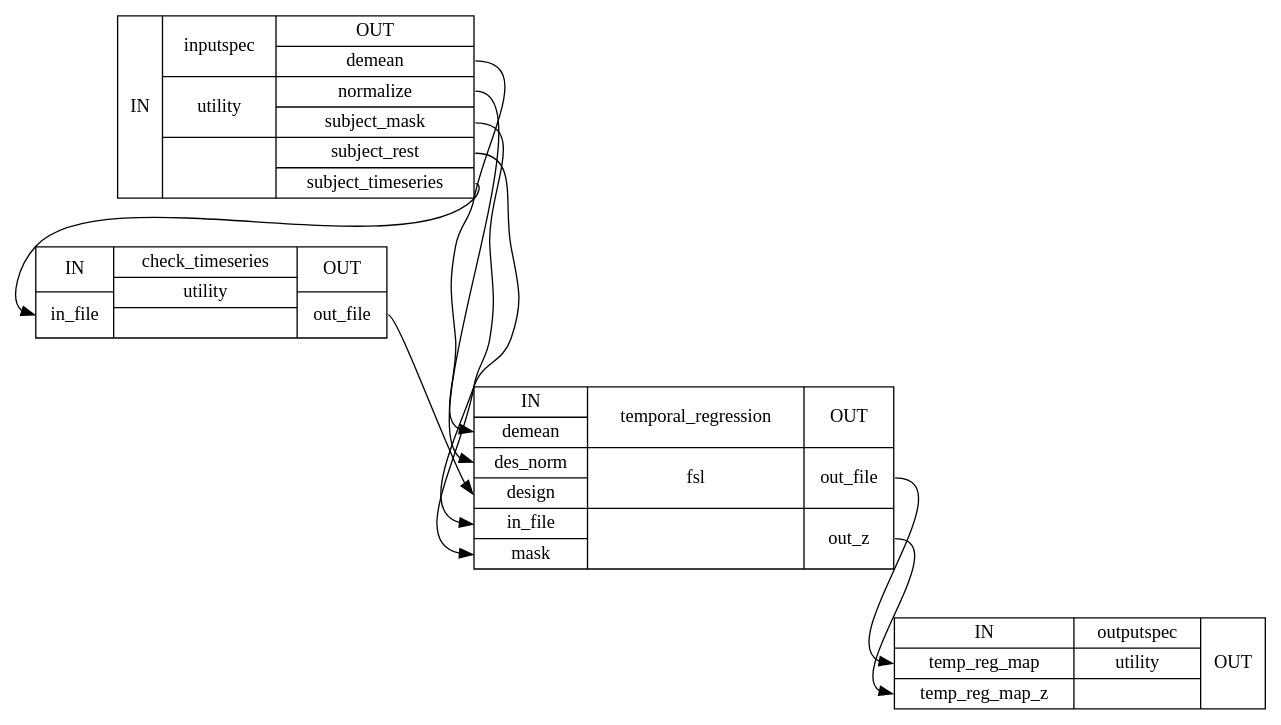
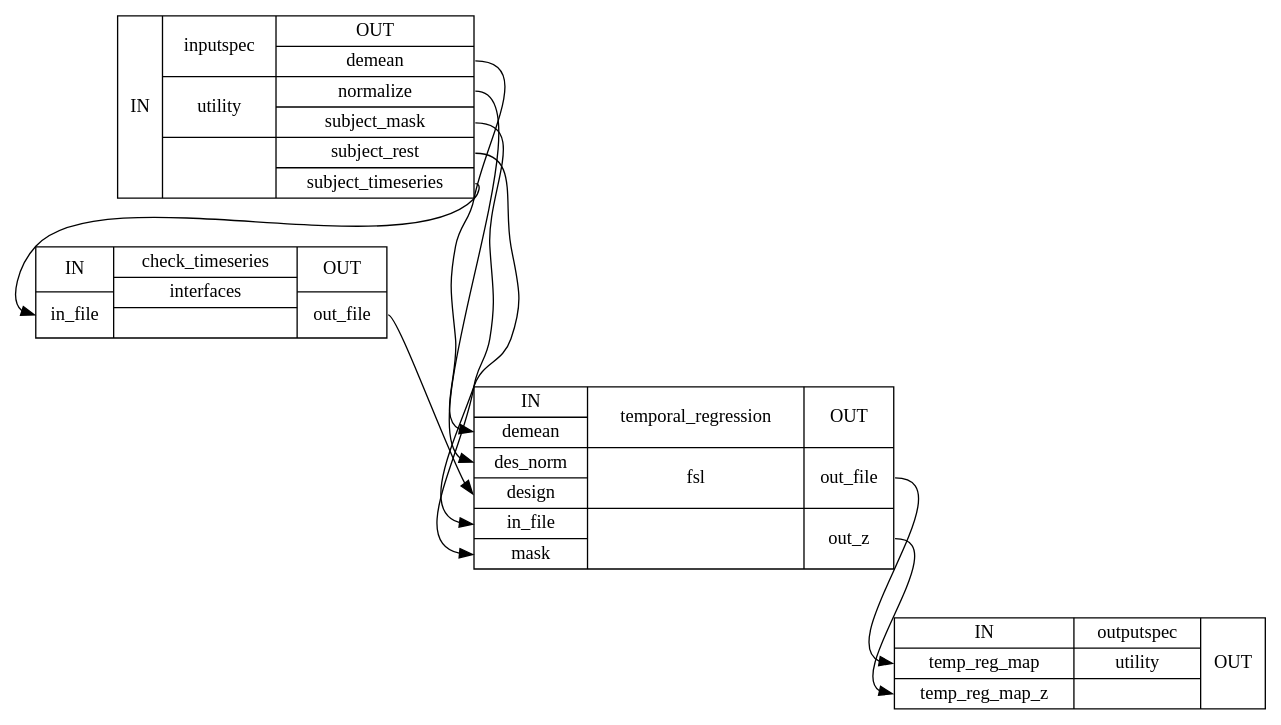
One commit to FCP-INDI/fcp-indi.github.io changed the diagram in docs/nightly/developer/workflows/images/generated/create_temporal_regression_detailed.dot. Above: the diagram before and after it, drawn with Graphviz. The commit also changed 280 other files, not shown here.

```diff
--- a/docs/nightly/developer/workflows/images/generated/create_temporal_regression_detailed.dot
+++ b/docs/nightly/developer/workflows/images/generated/create_temporal_regression_detailed.dot
@@ -1,15 +1,15 @@
 digraph structs {
 node [shape=record];
 "temporal_reginputspec" [label="{IN}|{ inputspec | utility |  }|{OUT|<outdemean> demean|<outnormalize> normalize|<outsubjectmask> subject_mask|<outsubjectrest> subject_rest|<outsubjecttimeseries> subject_timeseries}"];
-"temporal_regcheck_timeseries" [label="{IN|<ininfile> in_file}|{ check_timeseries | utility |  }|{OUT|<outoutfile> out_file}"];
+"temporal_regcheck_timeseries" [label="{IN|<ininfile> in_file}|{ check_timeseries | interfaces |  }|{OUT|<outoutfile> out_file}"];
 "temporal_regtemporal_regression" [label="{IN|<indemean> demean|<indesnorm> des_norm|<indesign> design|<ininfile> in_file|<inmask> mask}|{ temporal_regression | fsl |  }|{OUT|<outoutfile> out_file|<outoutz> out_z}"];
 "temporal_regoutputspec" [label="{IN|<intempregmap> temp_reg_map|<intempregmapz> temp_reg_map_z}|{ outputspec | utility |  }|{OUT}"];
 "temporal_regcheck_timeseries":"outoutfile":e -> "temporal_regtemporal_regression":"indesign":w;
 "temporal_reginputspec":"outdemean":e -> "temporal_regtemporal_regression":"indemean":w;
 "temporal_reginputspec":"outnormalize":e -> "temporal_regtemporal_regression":"indesnorm":w;
 "temporal_reginputspec":"outsubjectmask":e -> "temporal_regtemporal_regression":"inmask":w;
 "temporal_reginputspec":"outsubjectrest":e -> "temporal_regtemporal_regression":"ininfile":w;
 "temporal_reginputspec":"outsubjecttimeseries":e -> "temporal_regcheck_timeseries":"ininfile":w;
 "temporal_regtemporal_regression":"outoutfile":e -> "temporal_regoutputspec":"intempregmap":w;
 "temporal_regtemporal_regression":"outoutz":e -> "temporal_regoutputspec":"intempregmapz":w;
 }
```
